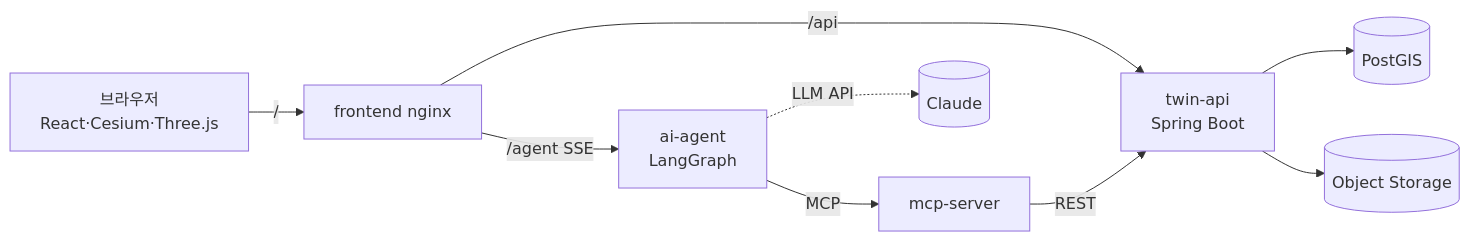
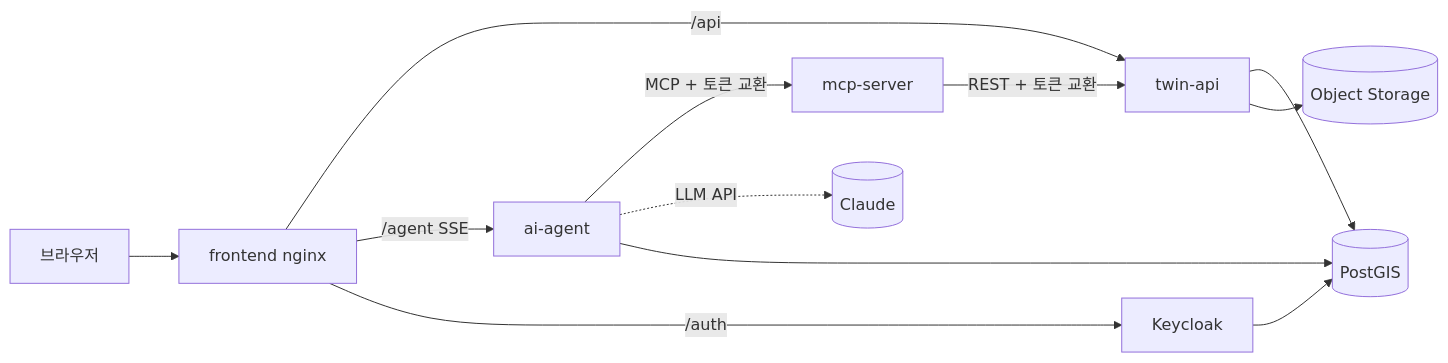
The diagram in README.md (kwakhyun/twinpilot), drawn with Mermaid before and after one commit. The commit also changed other lines of this file and 2 other files, not shown here.

````diff
--- a/README.md
+++ b/README.md
@@ -22,11 +40,14 @@
 ```mermaid
 flowchart LR
-  B[브라우저<br/>React·Cesium·Three.js] -->|/| FE[frontend nginx]
-  FE -->|/api| API[twin-api<br/>Spring Boot]
-  FE -->|/agent SSE| AG[ai-agent<br/>LangGraph]
-  AG -->|MCP| MCP[mcp-server]
+  B[브라우저] --> FE[frontend nginx]
+  FE -->|/api| API[twin-api]
+  FE -->|/agent SSE| AG[ai-agent]
+  FE -->|/auth| KC[Keycloak]
+  AG -->|MCP + 토큰 교환| MCP[mcp-server]
   AG -.->|LLM API| C[(Claude)]
-  MCP -->|REST| API
+  MCP -->|REST + 토큰 교환| API
   API --> DB[(PostGIS)]
+  KC --> DB
+  AG --> DB
   API --> OS[(Object Storage)]
 ```
````
